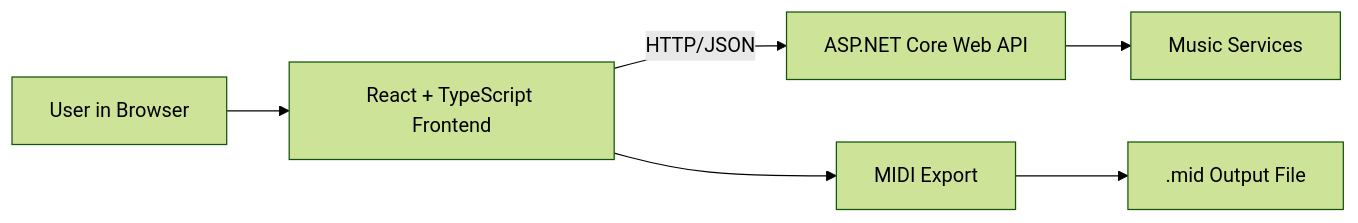
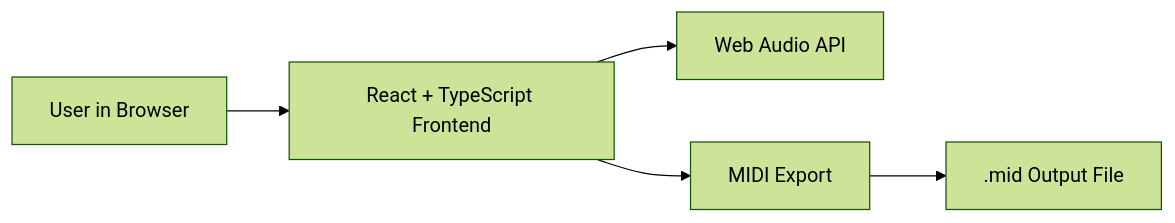
One commit to JWWade/midi-progression-editor changed the diagram in README.md. Above: the diagram before and after it, drawn with Mermaid (forest theme). The commit also changed other lines of this file and 80 other files, not shown here.

````diff
--- a/README.md
+++ b/README.md
@@ -21,8 +21,7 @@
 ```mermaid
 flowchart LR
    U[User in Browser] --> F[React + TypeScript Frontend]
-   F -->|HTTP/JSON| A[ASP.NET Core Web API]
-   A --> S[Music Services]
+   F --> A[Web Audio API]
    F --> E[MIDI Export]
    E --> O[.mid Output File]
 ```
````
